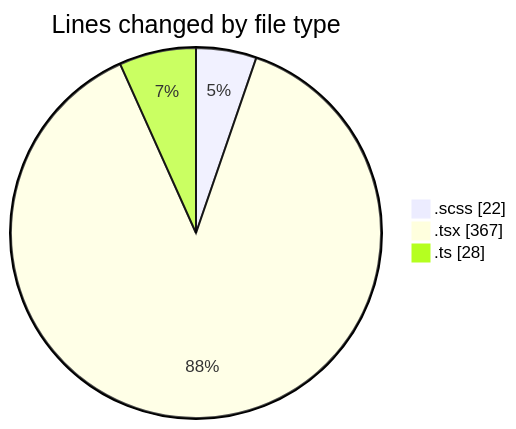
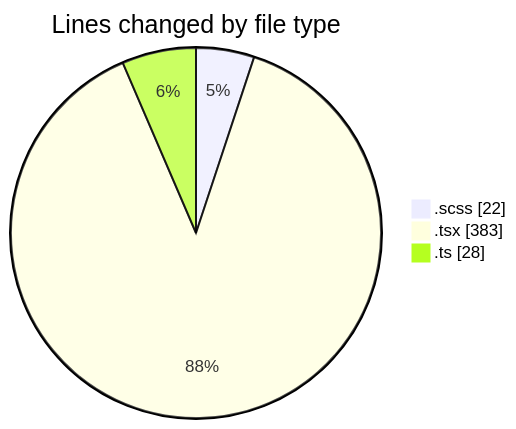
The first of 2 diagrams in 2025-02-10/cda/README.md (momahboobian/code-tracking), drawn with Mermaid before and after one commit. The commit also changed other lines of this file and 1 other file, not shown here.

````diff
--- a/2025-02-10/cda/README.md
+++ b/2025-02-10/cda/README.md
@@ -24,7 +24,7 @@
 ```mermaid
 pie showData
 title Lines changed by file type
 ".scss" : 22
-".tsx" : 367
+".tsx" : 383
 ".ts" : 28
 ```
````
